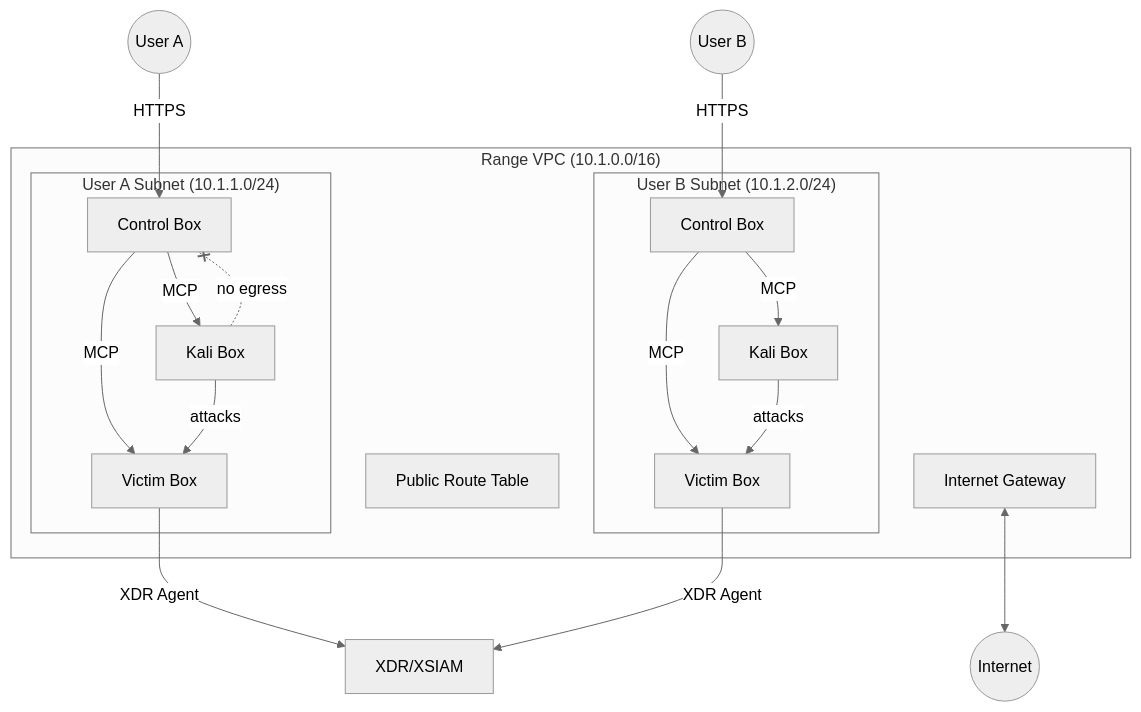
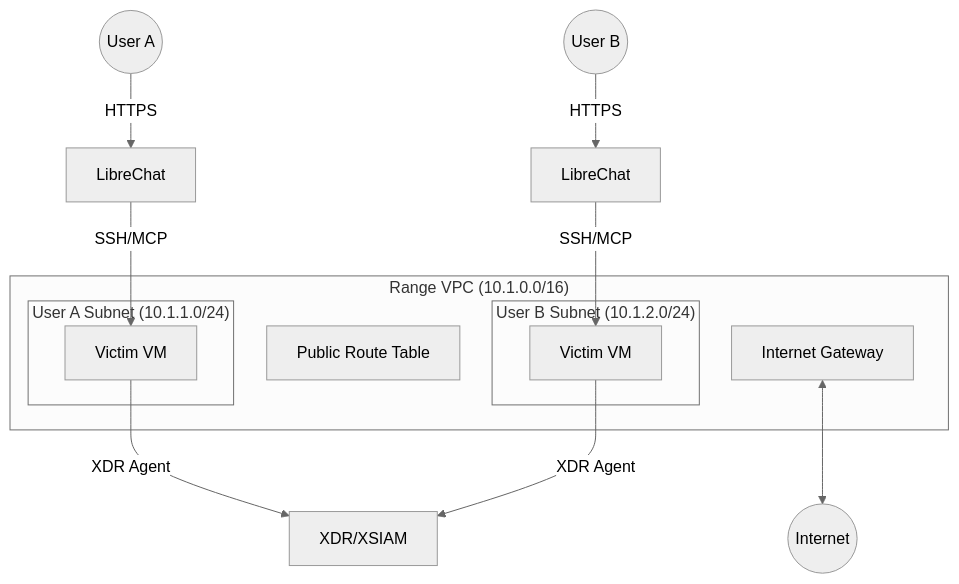
Before and after one commit to PaloAltoNetworks/shifter: the diagram in docs/src/range.md, drawn with Mermaid (neutral theme). The commit also changed other lines of this file and 2 other files, not shown here.

````diff
--- a/docs/src/range.md
+++ b/docs/src/range.md
@@ -7,32 +7,23 @@
 ```mermaid
 graph TB
     subgraph "Range VPC (10.1.0.0/16)"
         IGW[Internet Gateway]
         RT[Public Route Table]
 
         subgraph "User A Subnet (10.1.1.0/24)"
-            ControlA[Control Box]
-            KaliA[Kali Box]
-            VictimA[Victim Box]
-            ControlA -->|MCP| KaliA
-            ControlA -->|MCP| VictimA
-            KaliA -->|attacks| VictimA
-            KaliA -.-x|no egress| ControlA
+            VictimA[Victim VM]
         end
 
         subgraph "User B Subnet (10.1.2.0/24)"
-            ControlB[Control Box]
-            KaliB[Kali Box]
-            VictimB[Victim Box]
-            ControlB -->|MCP| KaliB
-            ControlB -->|MCP| VictimB
-            KaliB -->|attacks| VictimB
+            VictimB[Victim VM]
         end
     end
 
-    UserA((User A)) -->|HTTPS| ControlA
-    UserB((User B)) -->|HTTPS| ControlB
+    UserA((User A)) -->|HTTPS| LibreChatA[LibreChat]
+    UserB((User B)) -->|HTTPS| LibreChatB[LibreChat]
+    LibreChatA -->|SSH/MCP| VictimA
+    LibreChatB -->|SSH/MCP| VictimB
     VictimA -->|XDR Agent| XDR[XDR/XSIAM]
     VictimB -->|XDR Agent| XDR
     IGW <--> Internet((Internet))
 ```
````
